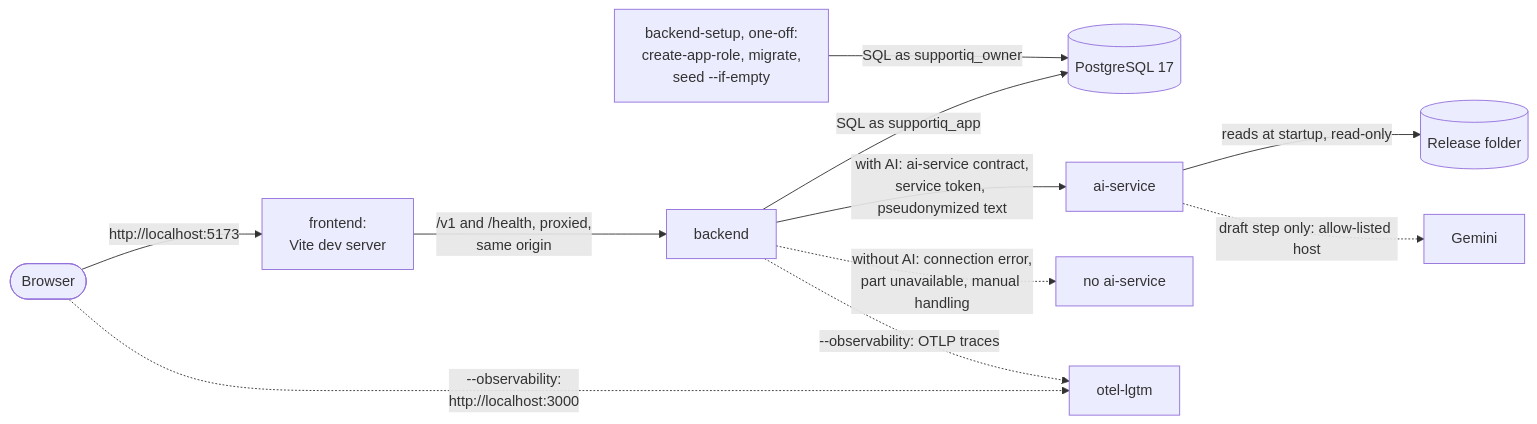
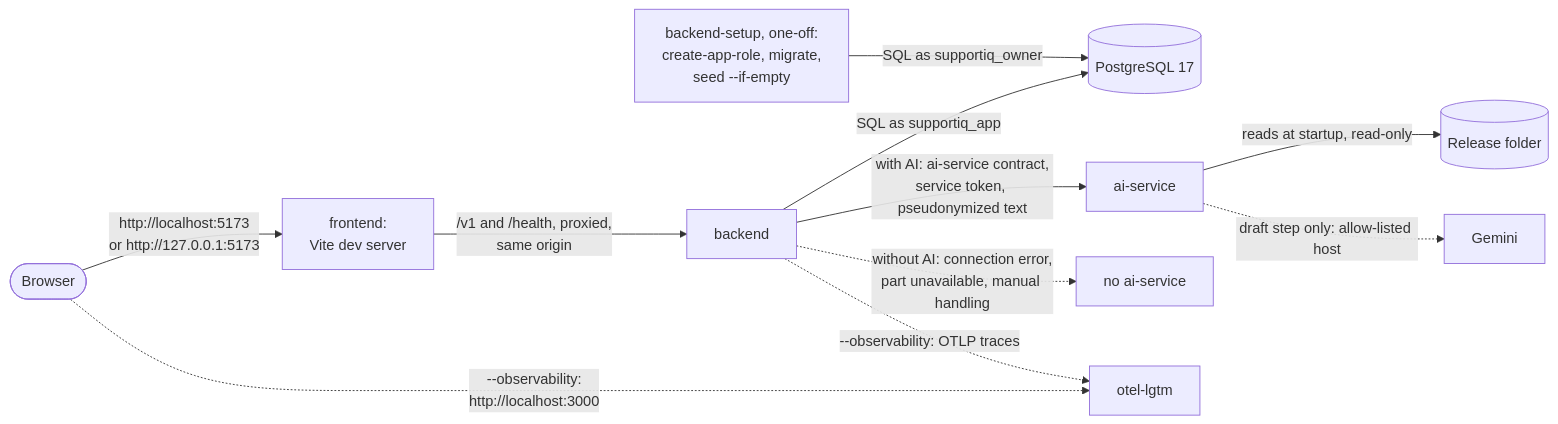
Before and after one commit to ml-system-design-nhom-5/SupportIQ: the second of 2 diagrams in docs/design/local-run.md, drawn with Mermaid. The commit also changed other lines of this file and 26 other files, not shown here.

````diff
--- a/docs/design/local-run.md
+++ b/docs/design/local-run.md
@@ -164,13 +170,13 @@
 ```mermaid
 flowchart LR
-    Browser(["Browser"]) -->|"http://localhost:5173"| FE["frontend:<br/>Vite dev server"]
+    Browser(["Browser"]) -->|"http://localhost:5173<br/>or http://127.0.0.1:5173"| FE["frontend:<br/>Vite dev server"]
     FE -->|"/v1 and /health, proxied,<br/>same origin"| BE["backend"]
     Setup["backend-setup, one-off:<br/>create-app-role, migrate,<br/>seed --if-empty"] -->|"SQL as supportiq_owner"| DB[("PostgreSQL 17")]
     BE -->|"SQL as supportiq_app"| DB
     BE -->|"with AI: ai-service contract,<br/>service token, pseudonymized text"| AI["ai-service"]
     BE -.->|"without AI: connection error,<br/>part unavailable, manual handling"| Nothing["no ai-service"]
     AI -->|"reads at startup, read-only"| Rel[("Release folder")]
     AI -.->|"draft step only: allow-listed host"| LLM["Gemini"]
     BE -.->|"--observability: OTLP traces"| LGTM["otel-lgtm"]
     Browser -.->|"--observability:<br/>http://localhost:3000"| LGTM
 ```
````
